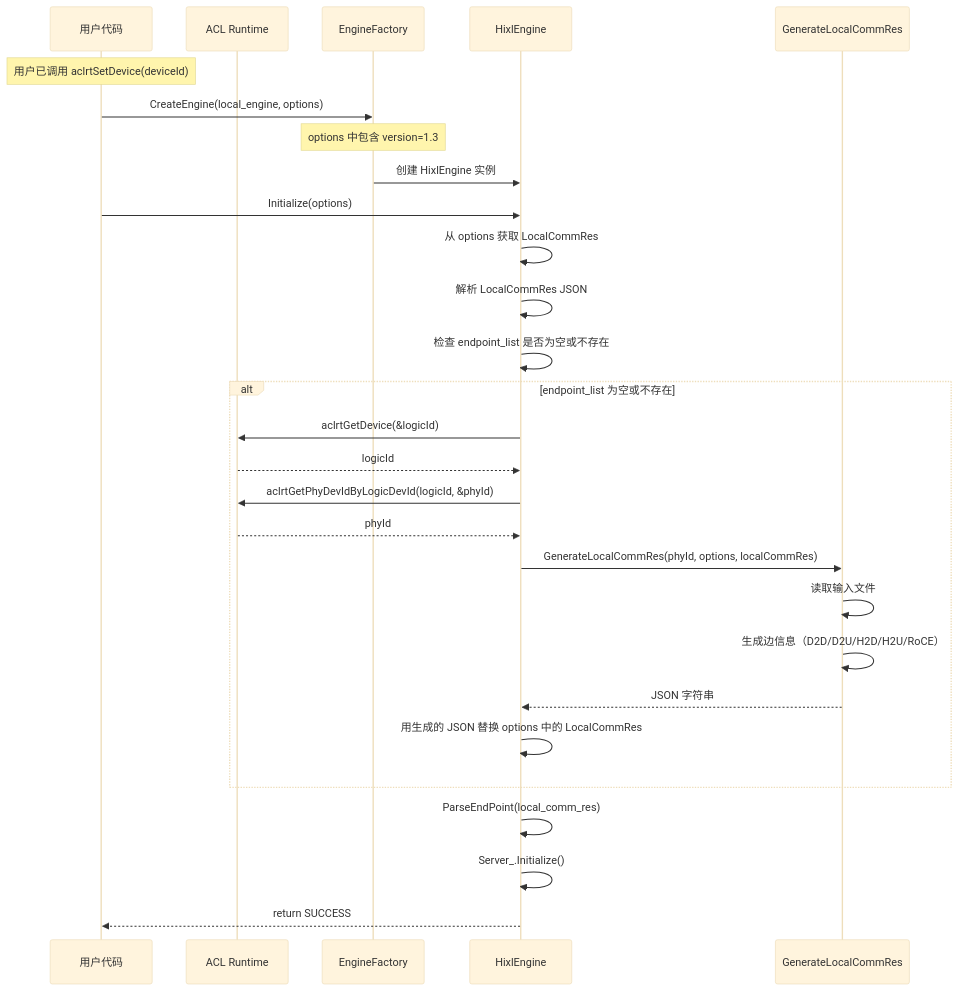
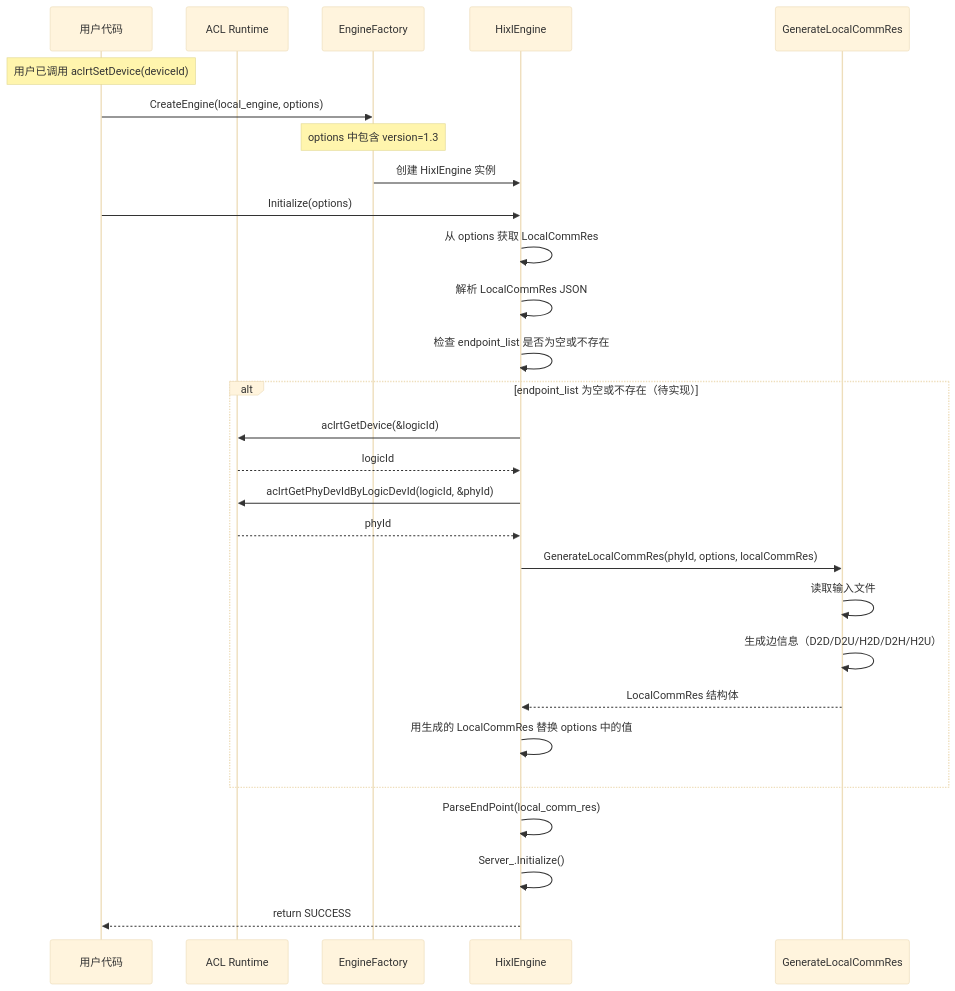
The first of 2 diagrams in scripts/generate_local_comm_res.md (libochao-huawei/hixl), drawn with Mermaid (base theme) before and after one commit. The commit also changed other lines of this file and 2 other files, not shown here.

````diff
--- a/scripts/generate_local_comm_res.md
+++ b/scripts/generate_local_comm_res.md
@@ -467,37 +360,37 @@
 ```mermaid
 sequenceDiagram
     participant User as 用户代码
     participant ACL as ACL Runtime
     participant Factory as EngineFactory
     participant Hixl as HixlEngine
     participant Gen as GenerateLocalCommRes
 
     Note over User: 用户已调用 aclrtSetDevice(deviceId)
 
     User->>Factory: CreateEngine(local_engine, options)
     Note over Factory: options 中包含 version=1.3
     Factory->>Hixl: 创建 HixlEngine 实例
     User->>Hixl: Initialize(options)
 
     Hixl->>Hixl: 从 options 获取 LocalCommRes
     Hixl->>Hixl: 解析 LocalCommRes JSON
     Hixl->>Hixl: 检查 endpoint_list 是否为空或不存在
 
-    alt endpoint_list 为空或不存在
+    alt endpoint_list 为空或不存在（待实现）
         Hixl->>ACL: aclrtGetDevice(&logicId)
         ACL-->>Hixl: logicId
         Hixl->>ACL: aclrtGetPhyDevIdByLogicDevId(logicId, &phyId)
         ACL-->>Hixl: phyId
 
         Hixl->>Gen: GenerateLocalCommRes(phyId, options, localCommRes)
         Gen->>Gen: 读取输入文件
-        Gen->>Gen: 生成边信息（D2D/D2U/H2D/H2U/RoCE）
-        Gen-->>Hixl: JSON 字符串
+        Gen->>Gen: 生成边信息（D2D/D2U/H2D/D2H/H2U）
+        Gen-->>Hixl: LocalCommRes 结构体
 
-        Hixl->>Hixl: 用生成的 JSON 替换 options 中的 LocalCommRes
+        Hixl->>Hixl: 用生成的 LocalCommRes 替换 options 中的值
     end
 
     Hixl->>Hixl: ParseEndPoint(local_comm_res)
     Hixl->>Hixl: Server_.Initialize()
     Hixl-->>User: return SUCCESS
 ```
````
